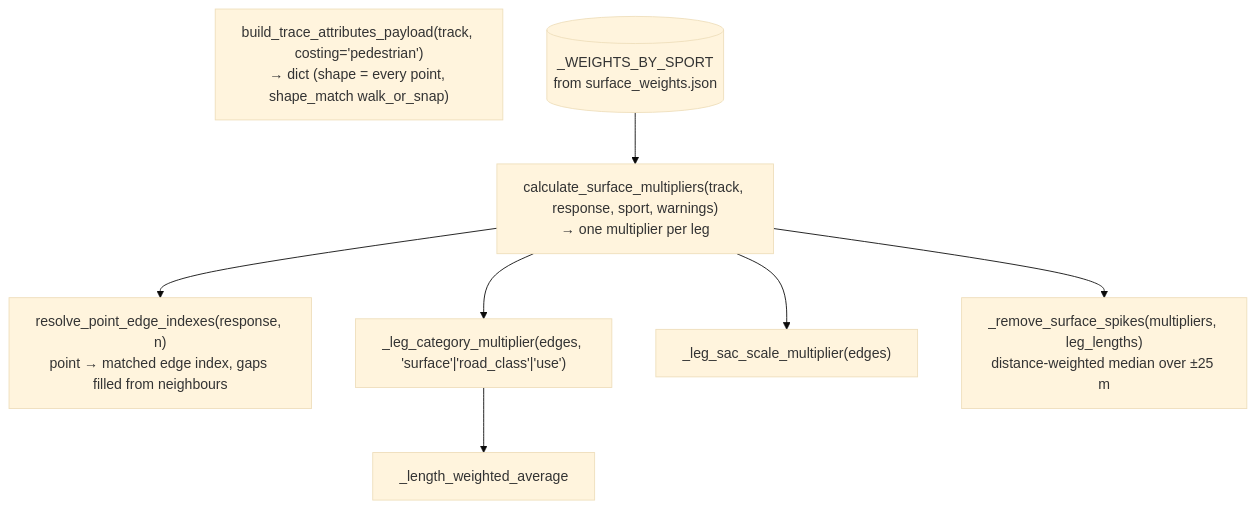
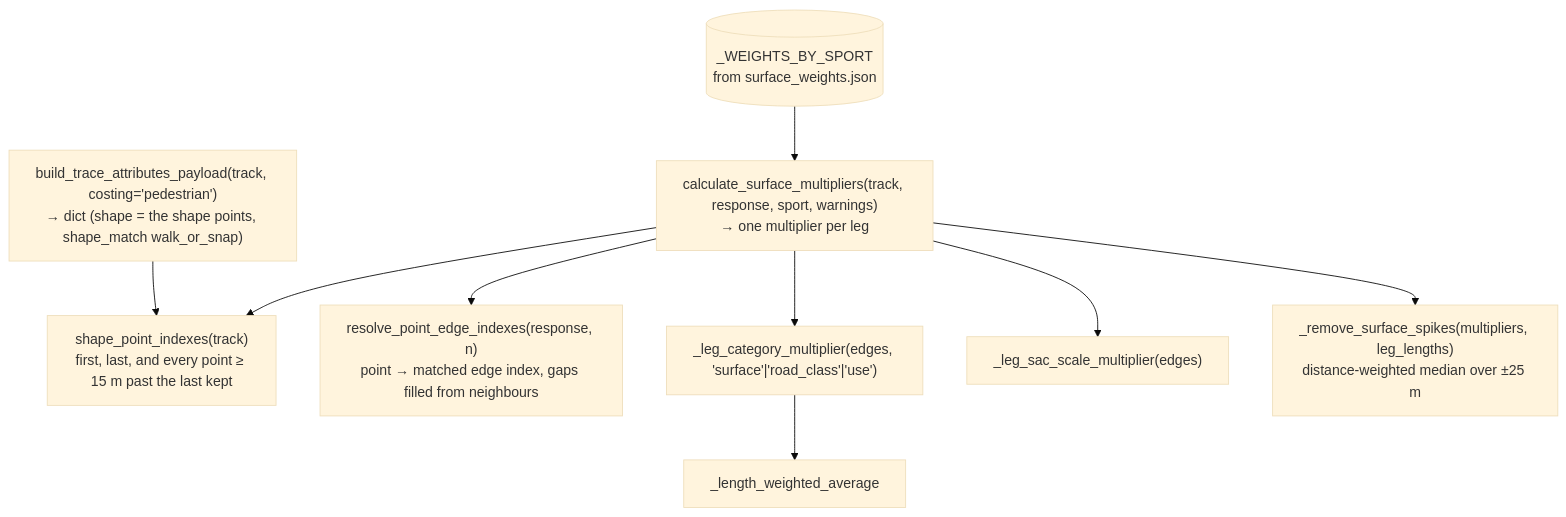
Before and after one commit to martin-iflap/GPX_to_FIT: the eighth of 16 diagrams in docs/ARCHITECTURE.md, drawn with Mermaid (base theme). The commit also changed other lines of this file and 16 other files, not shown here.

````diff
--- a/docs/ARCHITECTURE.md
+++ b/docs/ARCHITECTURE.md
@@ -439,14 +443,17 @@
 ```mermaid
 flowchart TD
-  btap["build_trace_attributes_payload(track, costing='pedestrian')<br/>→ dict (shape = every point, shape_match walk_or_snap)"]
+  btap["build_trace_attributes_payload(track, costing='pedestrian')<br/>→ dict (shape = the shape points, shape_match walk_or_snap)"]
   csm["calculate_surface_multipliers(track, response, sport, warnings)<br/>→ one multiplier per leg"]
+  spi["shape_point_indexes(track)<br/>first, last, and every point ≥ 15 m past the last kept"]
+  btap --> spi
+  csm --> spi
   rpei["resolve_point_edge_indexes(response, n)<br/>point → matched edge index, gaps filled from neighbours"]
   lcm["_leg_category_multiplier(edges, 'surface'|'road_class'|'use')"] --> lwa["_length_weighted_average"]
   lsm["_leg_sac_scale_multiplier(edges)"]
   rss["_remove_surface_spikes(multipliers, leg_lengths)<br/>distance-weighted median over ±25 m"]
   csm --> rpei
   csm --> lcm
   csm --> lsm
   csm --> rss
   W[("_WEIGHTS_BY_SPORT<br/>from surface_weights.json")] --> csm
 ```
````
